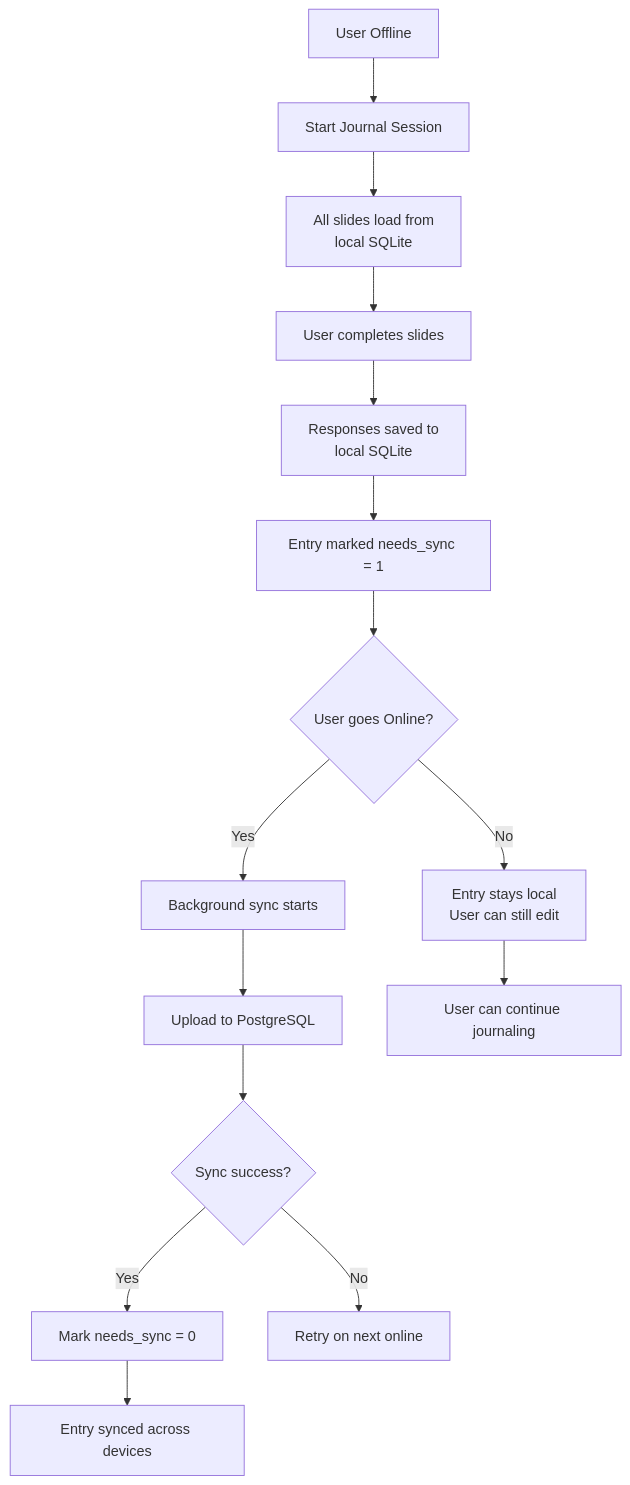
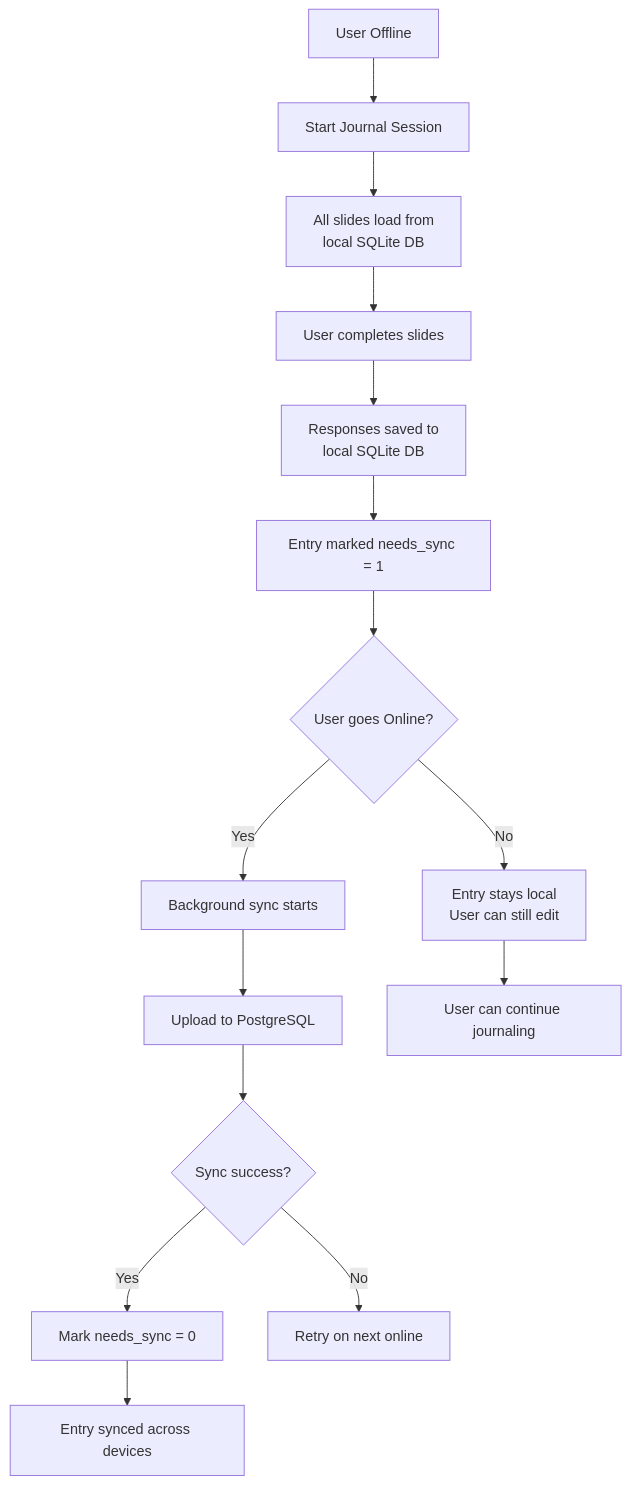
The ninth of 9 diagrams in feature-design/02. Jounral Feature/01-JOURNALING-FLOWS.md (Nhatdien/tranquara_frontend), drawn with Mermaid before and after one commit. The commit also changed other lines of this file and 18 other files, not shown here.

````diff
--- a/feature-design/02. Jounral Feature/01-JOURNALING-FLOWS.md
+++ b/feature-design/02. Jounral Feature/01-JOURNALING-FLOWS.md
@@ -233,17 +233,17 @@
 ```mermaid
 flowchart TD
     A[User Offline] --> B[Start Journal Session]
-    B --> C[All slides load from<br/>local SQLite]
+    B --> C[All slides load from<br/>local SQLite DB]
     C --> D[User completes slides]
-    D --> E[Responses saved to<br/>local SQLite]
+    D --> E[Responses saved to<br/>local SQLite DB]
     E --> F[Entry marked needs_sync = 1]
     F --> G{User goes Online?}
     G -->|Yes| H[Background sync starts]
     G -->|No| I[Entry stays local<br/>User can still edit]
     H --> J[Upload to PostgreSQL]
     J --> K{Sync success?}
     K -->|Yes| L[Mark needs_sync = 0]
     K -->|No| M[Retry on next online]
     L --> N[Entry synced across devices]
     I --> O[User can continue journaling]
 ```
````
